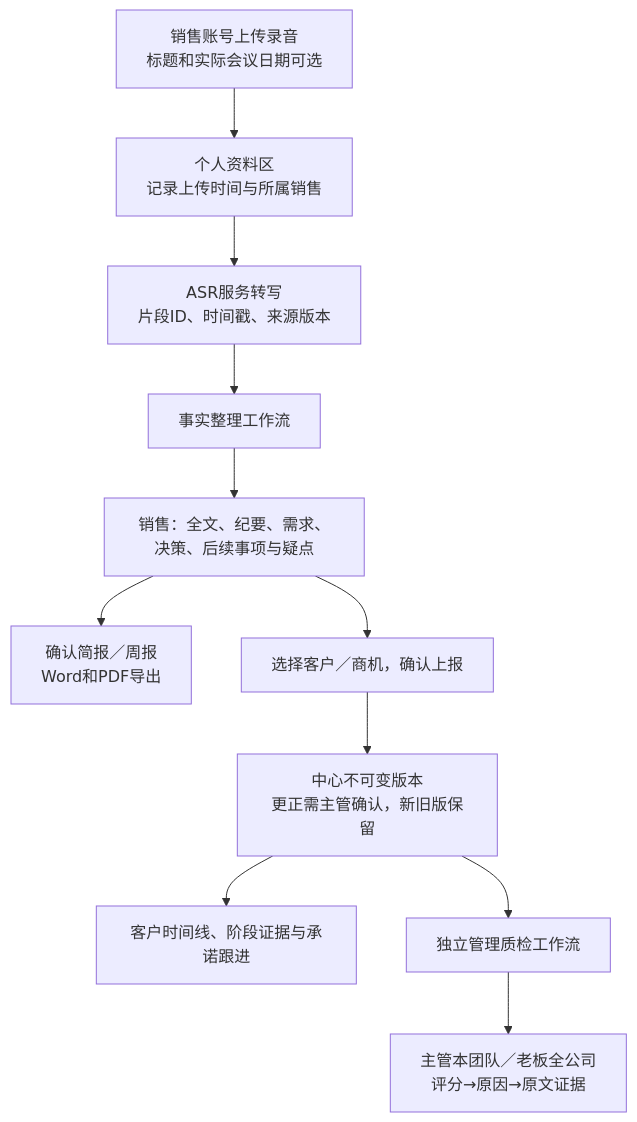
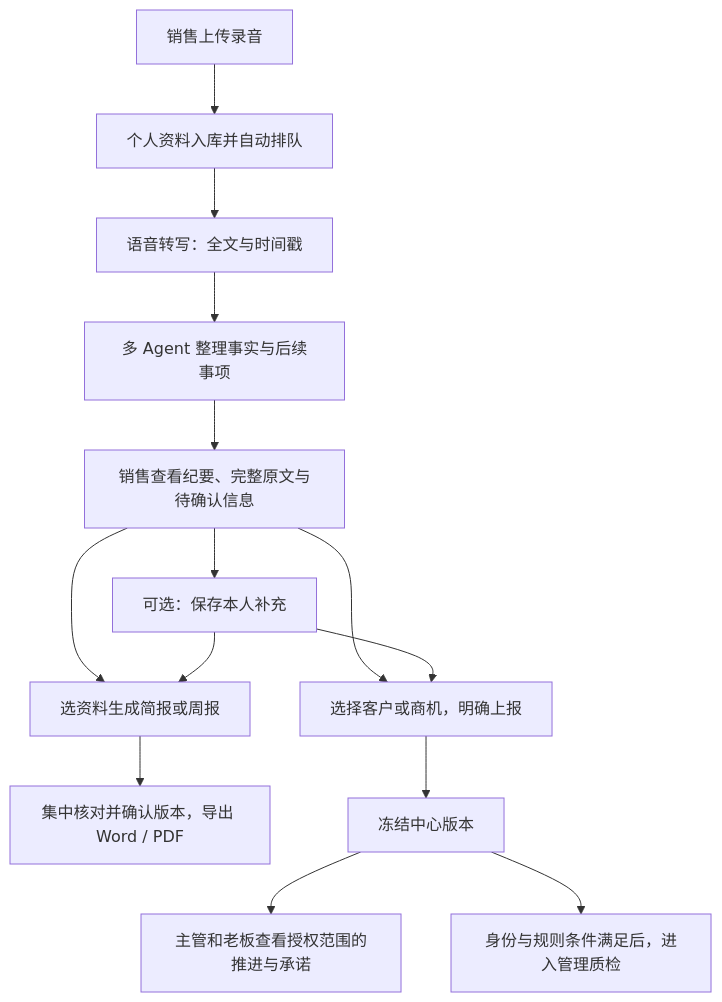
The first of 7 diagrams in README.md (thehappysky/meetflow), drawn with Mermaid before and after one commit. The commit also changed other lines of this file and 4 other files, not shown here.

Commit message:
docs: explain implemented sales meeting workflows with seven diagrams

````diff
--- a/README.md
+++ b/README.md
@@ -152,13 +28,16 @@
 ```mermaid
 flowchart TD
-    U[销售账号上传录音<br/>标题和实际会议日期可选] --> P[个人资料区<br/>记录上传时间与所属销售]
-    P --> T[ASR服务转写<br/>片段ID、时间戳、来源版本]
-    T --> F[事实整理工作流]
-    F --> S[销售：全文、纪要、需求、决策、后续事项与疑点]
-    S --> W[确认简报／周报<br/>Word和PDF导出]
-    S --> C[选择客户／商机，确认上报]
-    C --> V[中心不可变版本<br/>更正需主管确认，新旧版保留]
-    V --> B[客户时间线、阶段证据与承诺跟进]
-    V --> Q[独立管理质检工作流]
-    Q --> M[主管本团队／老板全公司<br/>评分→原因→原文证据]
+    U[销售上传录音] --> P[个人资料入库并自动排队]
+    P --> T[语音转写：全文与时间戳]
+    T --> A[多 Agent 整理事实与后续事项]
+    A --> D[销售查看纪要、完整原文与待确认信息]
+    D --> N[可选：保存本人补充]
+    D --> R[选资料生成简报或周报]
+    N --> R
+    R --> E[集中核对并确认版本，导出 Word / PDF]
+    D --> S[选择客户或商机，明确上报]
+    N --> S
+    S --> C[冻结中心版本]
+    C --> B[主管和老板查看授权范围的推进与承诺]
+    C --> Q[身份与规则条件满足后，进入管理质检]
 ```
````
